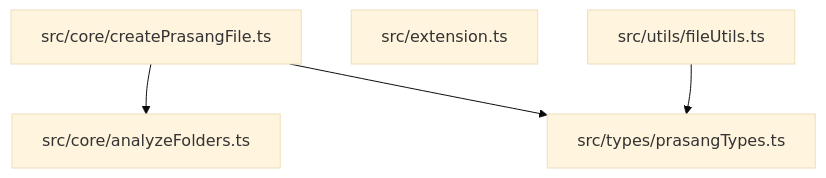
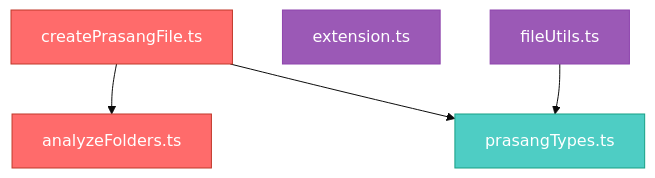
Before and after one commit to udaysharmadev/prasang-file: the diagram in PRASANG.md, drawn with Mermaid (base theme). The commit also changed other lines of this file and 2 other files, not shown here.

````diff
--- a/PRASANG.md
+++ b/PRASANG.md
@@ -80,13 +81,18 @@
 ```mermaid
 graph TD
 
-  core_createPrasangFile["src/core/createPrasangFile.ts"]
-  core_analyzeFolders["src/core/analyzeFolders.ts"]
-  types_prasangTypes["src/types/prasangTypes.ts"]
-  src_extension["src/extension.ts"]
-  utils_fileUtils["src/utils/fileUtils.ts"]
+  core_createPrasangFile["createPrasangFile.ts"]:::orchestrator
+  core_analyzeFolders["analyzeFolders.ts"]:::orchestrator
+  types_prasangTypes["prasangTypes.ts"]:::hub
+  src_extension["extension.ts"]:::entry
+  utils_fileUtils["fileUtils.ts"]:::entry
 
   core_createPrasangFile --> core_analyzeFolders
   core_createPrasangFile --> types_prasangTypes
   utils_fileUtils --> types_prasangTypes
+
+  classDef orchestrator fill:#ff6b6b,stroke:#c0392b,color:#fff
+  classDef hub fill:#4ecdc4,stroke:#16a085,color:#fff
+  classDef engine fill:#f39c12,stroke:#e67e22,color:#fff
+  classDef entry fill:#9b59b6,stroke:#8e44ad,color:#fff
 ```
````
